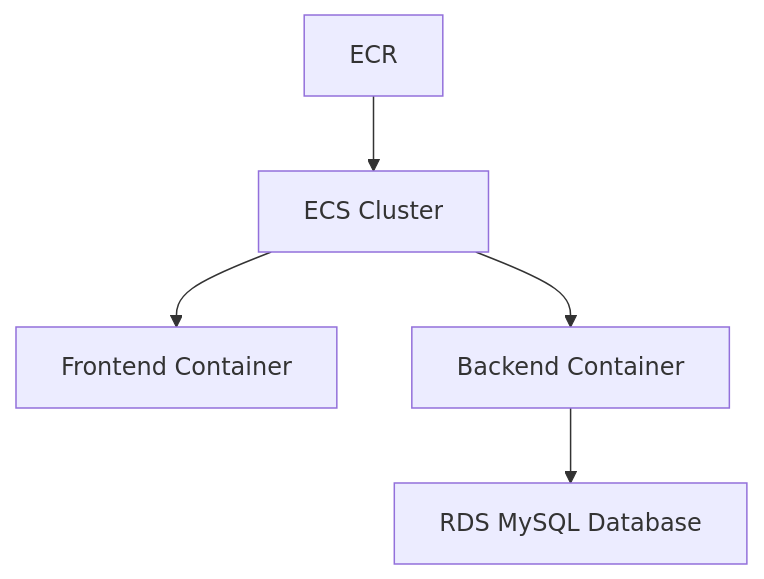
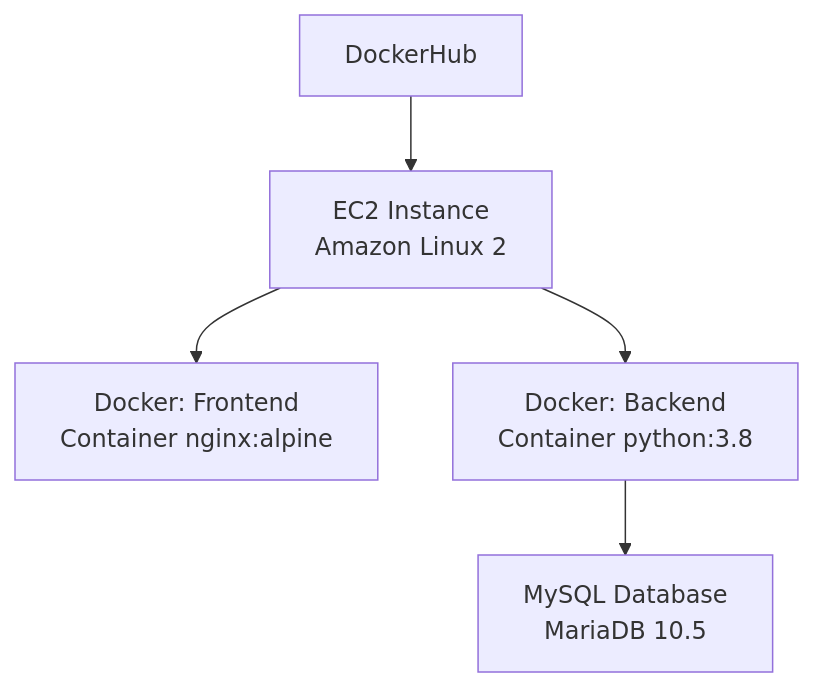
Before and after one commit to gokstadakademiet/cloud-2025: the fifth of 6 diagrams in uke_2/md/veiledet-oppgave/response_1.md, drawn with Mermaid. The commit also changed other lines of this file and 8 other files, not shown here.

````diff
--- a/uke_2/md/veiledet-oppgave/response_1.md
+++ b/uke_2/md/veiledet-oppgave/response_1.md
@@ -381,8 +502,9 @@
 ```mermaid
+%%{init: {'theme': 'default', 'themeVariables': { 'fontSize': '16px'}}}%%
 graph TD
-    A[ECS Cluster]
-    A --> B[Frontend Container]
-    A --> C[Backend Container]
-    C --> D[RDS MySQL Database]
-    E[ECR] --> A
+    A[EC2 Instance<br>Amazon Linux 2]
+    A --> B[Docker: Frontend<br>Container nginx:alpine]
+    A --> C[Docker: Backend<br>Container python:3.8]
+    C --> D[MySQL Database<br>MariaDB 10.5]
+    E[DockerHub] --> A
 ```
````
